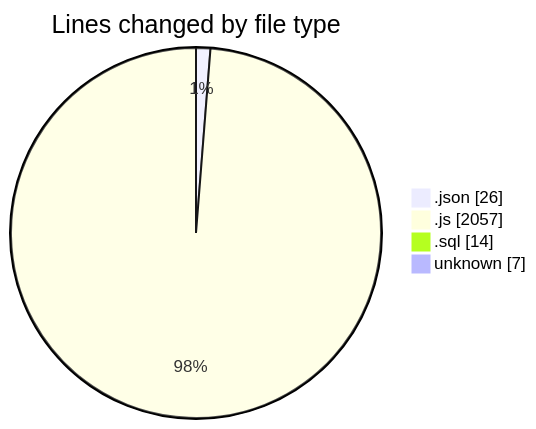
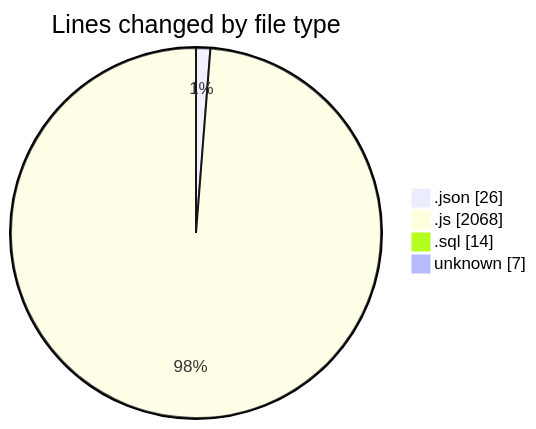
The first of 2 diagrams in 2025-09-10/cashcalc/README.md (nxtqubesakshisongat/code-tracking), drawn with Mermaid before and after one commit. The commit also changed other lines of this file and 1 other file, not shown here.

````diff
--- a/2025-09-10/cashcalc/README.md
+++ b/2025-09-10/cashcalc/README.md
@@ -36,8 +36,8 @@
 ```mermaid
 pie showData
 title Lines changed by file type
 ".json" : 26
-".js" : 2057
+".js" : 2068
 ".sql" : 14
 "unknown" : 7
 ```
````
